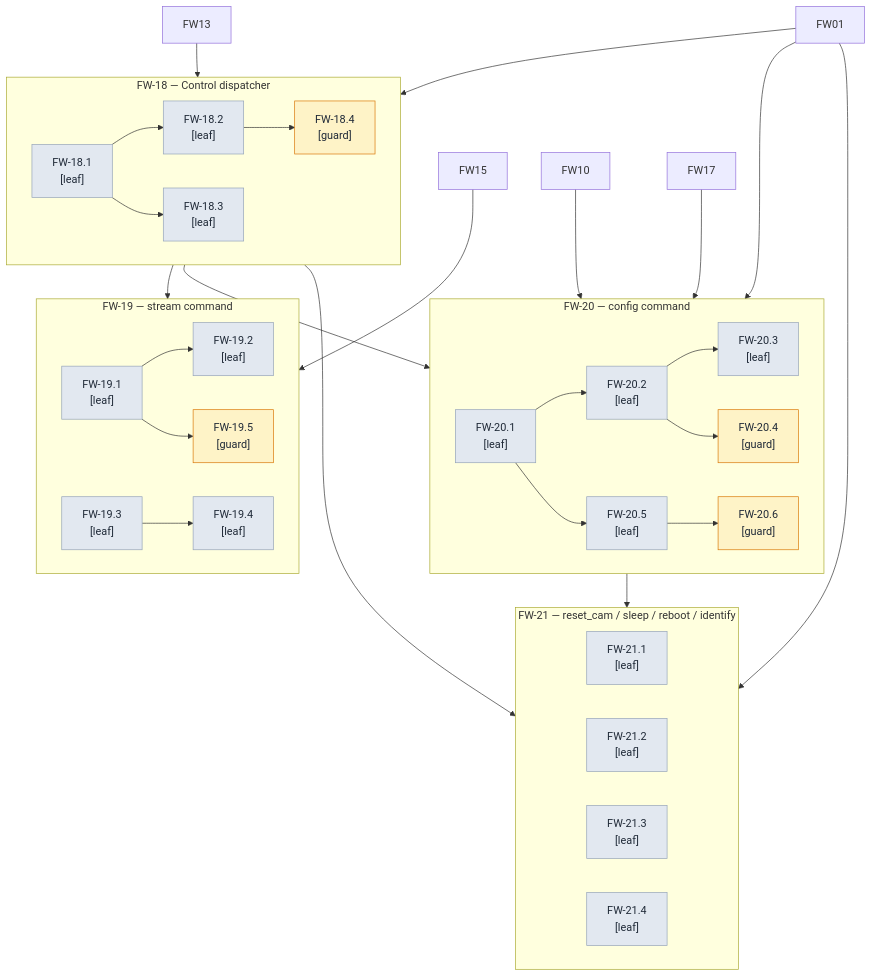
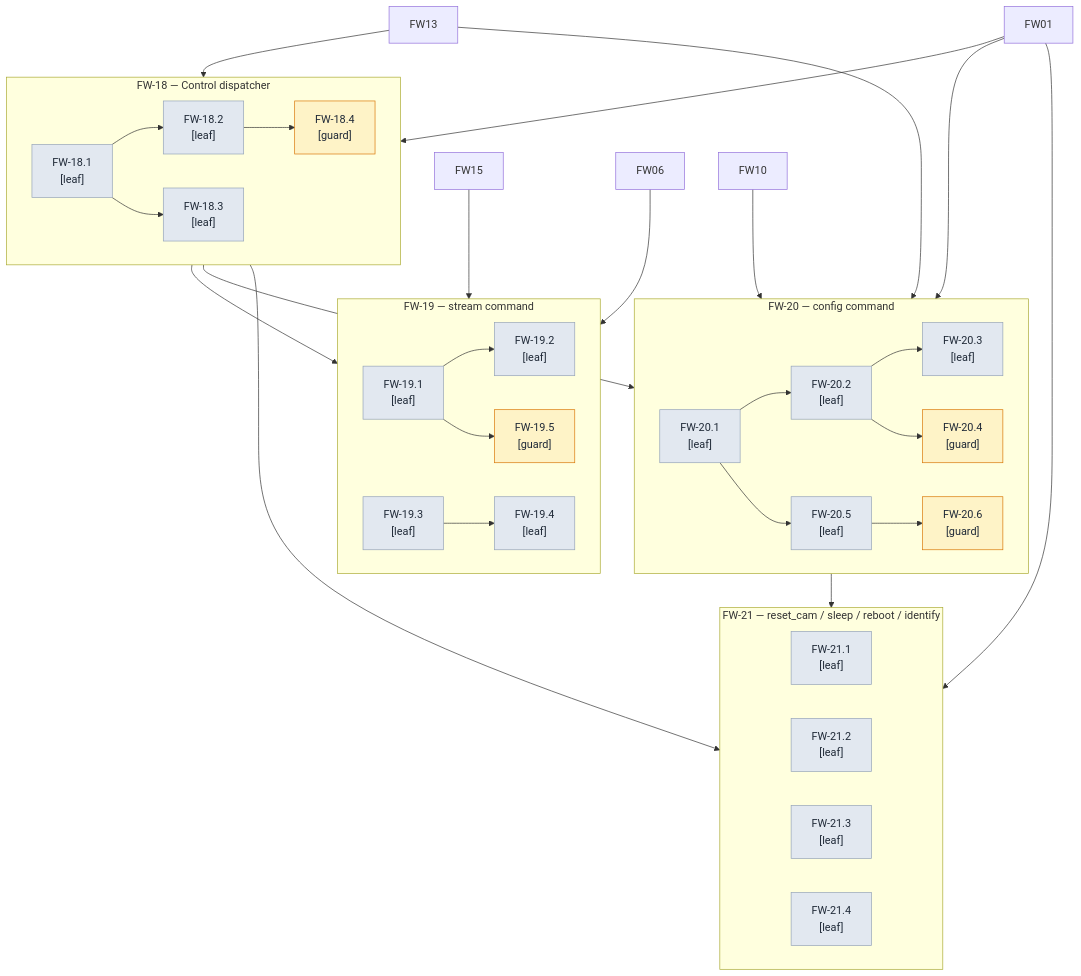
Before and after one commit to witsaba/esp32-cam-surveillance: the seventh of 8 diagrams in docs/firmware-milestones.md, drawn with Mermaid. The commit also changed other lines of this file, not shown here.

First line of the commit message:
docs(milestones): rescope task graph 23 -> 19 milestones per decomposition discipline

````diff
--- a/docs/firmware-milestones.md
+++ b/docs/firmware-milestones.md
@@ -1160,76 +1143,77 @@
 ```mermaid
 flowchart TB
   subgraph FW18 ["FW-18 — Control dispatcher"]
     FW18_1["FW-18.1<br/>[leaf]"]
     FW18_2["FW-18.2<br/>[leaf]"]
     FW18_3["FW-18.3<br/>[leaf]"]
     FW18_4["FW-18.4<br/>[guard]"]
     FW18_1 --> FW18_2
     FW18_1 --> FW18_3
     FW18_2 --> FW18_4
   end
   subgraph FW19 ["FW-19 — stream command"]
     FW19_1["FW-19.1<br/>[leaf]"]
     FW19_2["FW-19.2<br/>[leaf]"]
     FW19_3["FW-19.3<br/>[leaf]"]
     FW19_4["FW-19.4<br/>[leaf]"]
     FW19_5["FW-19.5<br/>[guard]"]
     FW19_1 --> FW19_2
     FW19_3 --> FW19_4
     FW19_1 --> FW19_5
   end
   subgraph FW20 ["FW-20 — config command"]
     FW20_1["FW-20.1<br/>[leaf]"]
     FW20_2["FW-20.2<br/>[leaf]"]
     FW20_3["FW-20.3<br/>[leaf]"]
     FW20_4["FW-20.4<br/>[guard]"]
     FW20_5["FW-20.5<br/>[leaf]"]
     FW20_6["FW-20.6<br/>[guard]"]
     FW20_1 --> FW20_2
     FW20_2 --> FW20_3
     FW20_2 --> FW20_4
     FW20_1 --> FW20_5
     FW20_5 --> FW20_6
   end
   subgraph FW21 ["FW-21 — reset_cam / sleep / reboot / identify"]
     FW21_1["FW-21.1<br/>[leaf]"]
     FW21_2["FW-21.2<br/>[leaf]"]
     FW21_3["FW-21.3<br/>[leaf]"]
     FW21_4["FW-21.4<br/>[leaf]"]
   end
   FW13 --> FW18
   FW15 --> FW19
+  FW06 --> FW19
   FW18 --> FW19
   FW10 --> FW20
   FW18 --> FW20
-  FW17 --> FW20
+  FW13 --> FW20
   FW20 --> FW21
   FW18 --> FW21
   FW01 --> FW18
   FW01 --> FW20
   FW01 --> FW21
   classDef leaf fill:#e2e8f0,stroke:#94a3b8,color:#1f2937
   classDef guard fill:#fef3c7,stroke:#d97706,color:#1f2937
   classDef decision fill:#ede9fe,stroke:#8b5cf6,color:#1f2937
   classDef mechanical fill:#f1f5f9,stroke:#cbd5e1,color:#1f2937
   classDef compound fill:#ccfbf1,stroke:#14b8a6,color:#1f2937
   class FW18_1 leaf
   class FW18_2 leaf
   class FW18_3 leaf
   class FW18_4 guard
   class FW19_1 leaf
   class FW19_2 leaf
   class FW19_3 leaf
   class FW19_4 leaf
   class FW19_5 guard
   class FW20_1 leaf
   class FW20_2 leaf
   class FW20_3 leaf
   class FW20_4 guard
   class FW20_5 leaf
   class FW20_6 guard
   class FW21_1 leaf
   class FW21_2 leaf
   class FW21_3 leaf
   class FW21_4 leaf
 ```
````
